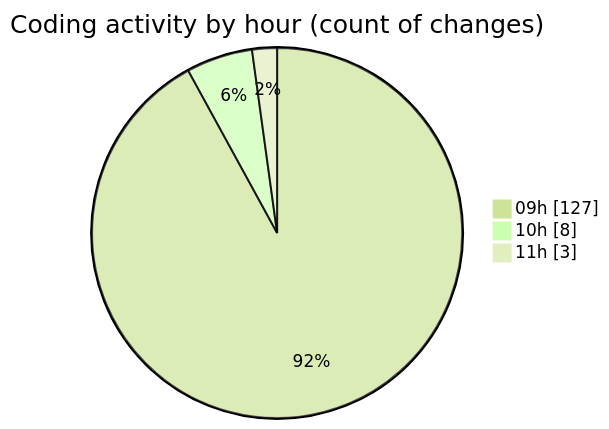
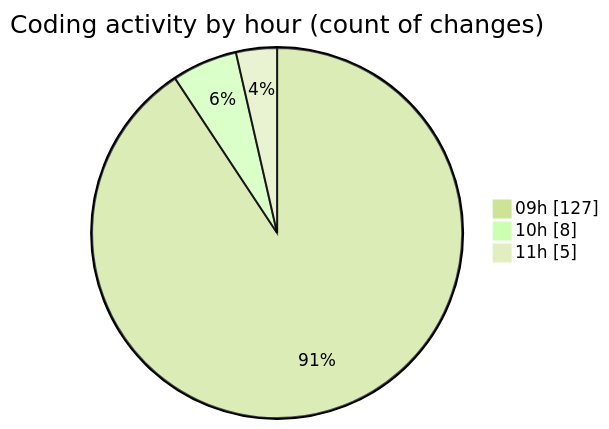
One commit to momahboobian/code-tracking changed the second of 2 diagrams in 2026-09-16/cda/README.md. Above: the diagram before and after it, drawn with Mermaid (forest theme). The commit also changed other lines of this file and 1 other file, not shown here.

````diff
--- a/2026-09-16/cda/README.md
+++ b/2026-09-16/cda/README.md
@@ -68,7 +71,7 @@
 ```mermaid
 pie showData
 title Coding activity by hour (count of changes)
 "09h" : 127
 "10h" : 8
-"11h" : 3
+"11h" : 5
 ```
````
